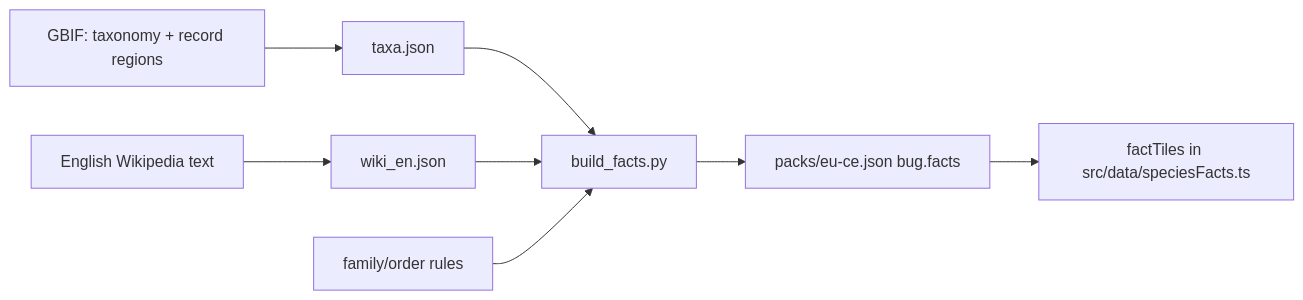
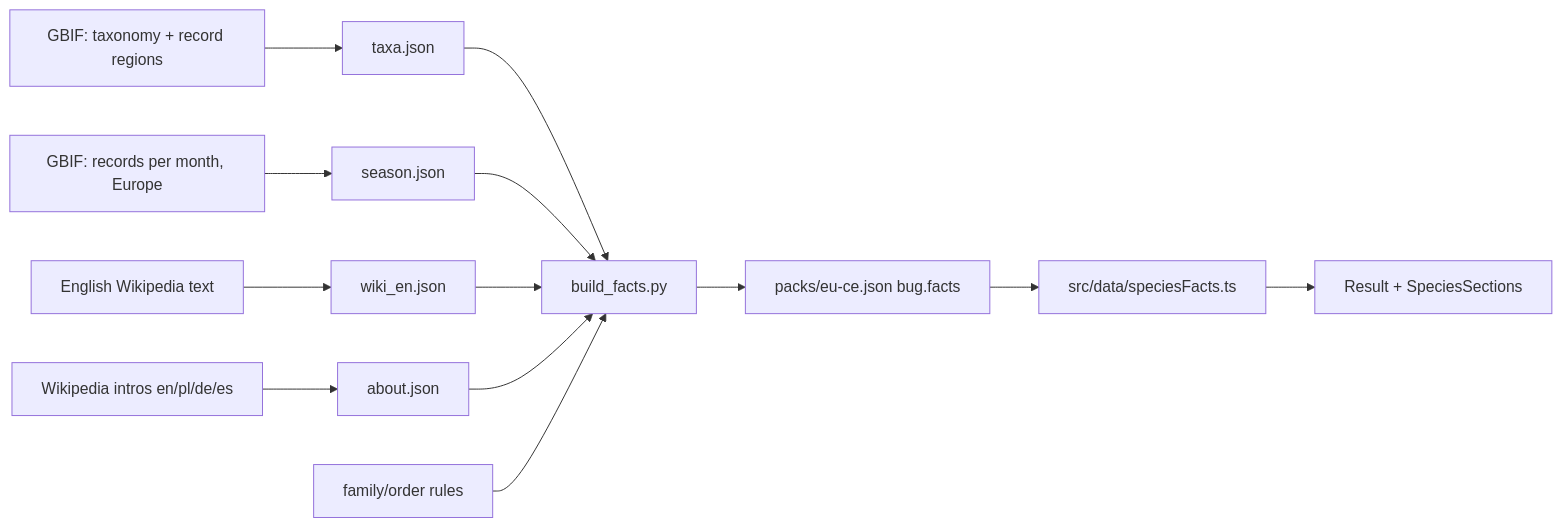
Before and after one commit to krzysztofradomski/critterboard: the diagram in docs/modules/species-facts.md, drawn with Mermaid. The commit also changed other lines of this file and 20 other files, not shown here.

First line of the commit message:
Species facts: about, season, habitat, size, range and diet sections on the species page (pack eu-ce v12)

````diff
--- a/docs/modules/species-facts.md
+++ b/docs/modules/species-facts.md
@@ -7,10 +19,15 @@
 ```mermaid
 flowchart LR
   GBIF[GBIF: taxonomy + record regions] --> T[taxa.json]
+  GM[GBIF: records per month, Europe] --> S[season.json]
   WP[English Wikipedia text] --> W[wiki_en.json]
+  WI[Wikipedia intros en/pl/de/es] --> AB[about.json]
   T --> B[build_facts.py]
+  S --> B
   W --> B
+  AB --> B
   R[family/order rules] --> B
   B --> P[packs/eu-ce.json bug.facts]
-  P --> A[factTiles in src/data/speciesFacts.ts]
+  P --> A[src/data/speciesFacts.ts]
+  A --> UI[Result + SpeciesSections]
 ```
````
